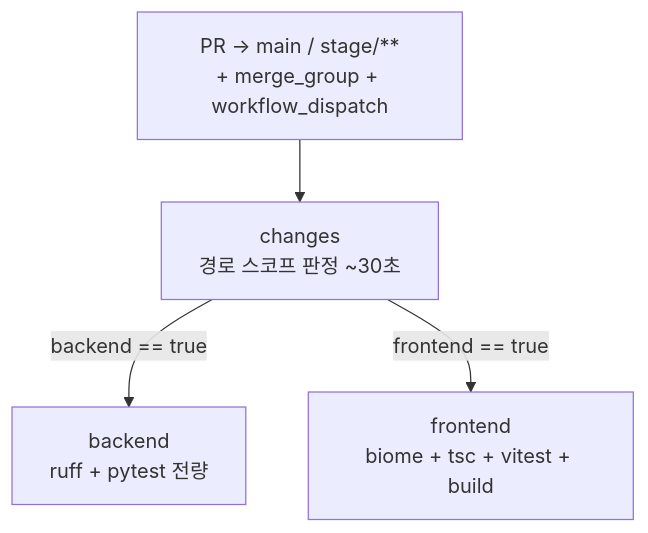
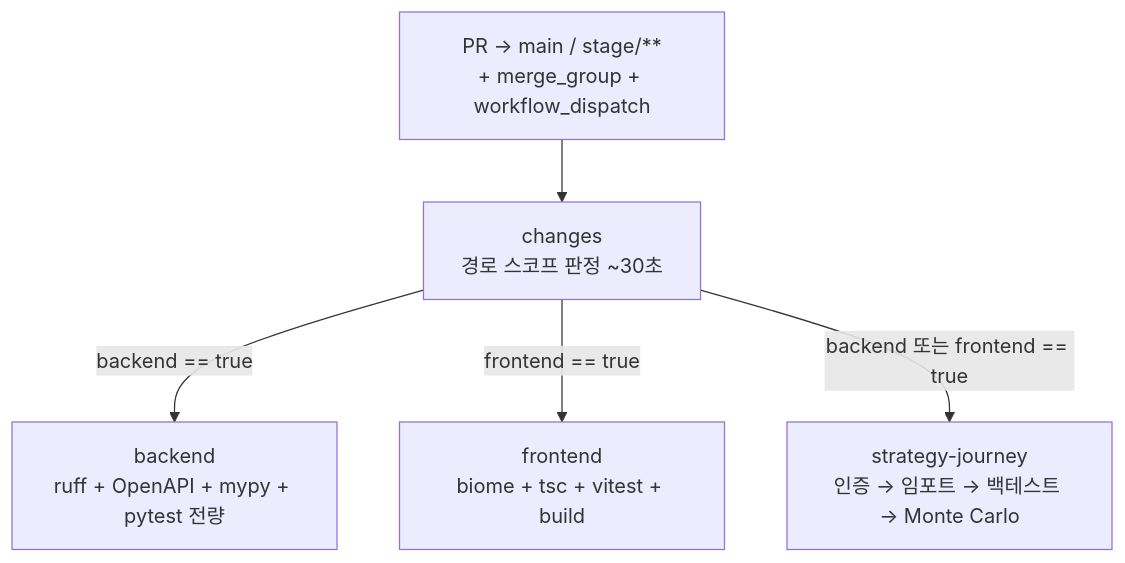
Before and after one commit to woosung-dev/quantbridge: the diagram in docs/development/ci-cd.md, drawn with Mermaid. The commit also changed other lines of this file and 18 other files, not shown here.

````diff
--- a/docs/development/ci-cd.md
+++ b/docs/development/ci-cd.md
@@ -10,11 +10,13 @@
 ```mermaid
 flowchart TB
     Trigger[PR → main / stage/**\n+ merge_group + workflow_dispatch]
     CH[changes\n경로 스코프 판정 ~30초]
-    BE[backend\nruff + pytest 전량]
+    BE[backend\nruff + OpenAPI + mypy + pytest 전량]
     FE[frontend\nbiome + tsc + vitest + build]
+    SJ[strategy-journey\n인증 → 임포트 → 백테스트 → Monte Carlo]
 
     Trigger --> CH
     CH -->|backend == true| BE
     CH -->|frontend == true| FE
+    CH -->|backend 또는 frontend == true| SJ
 ```
````
